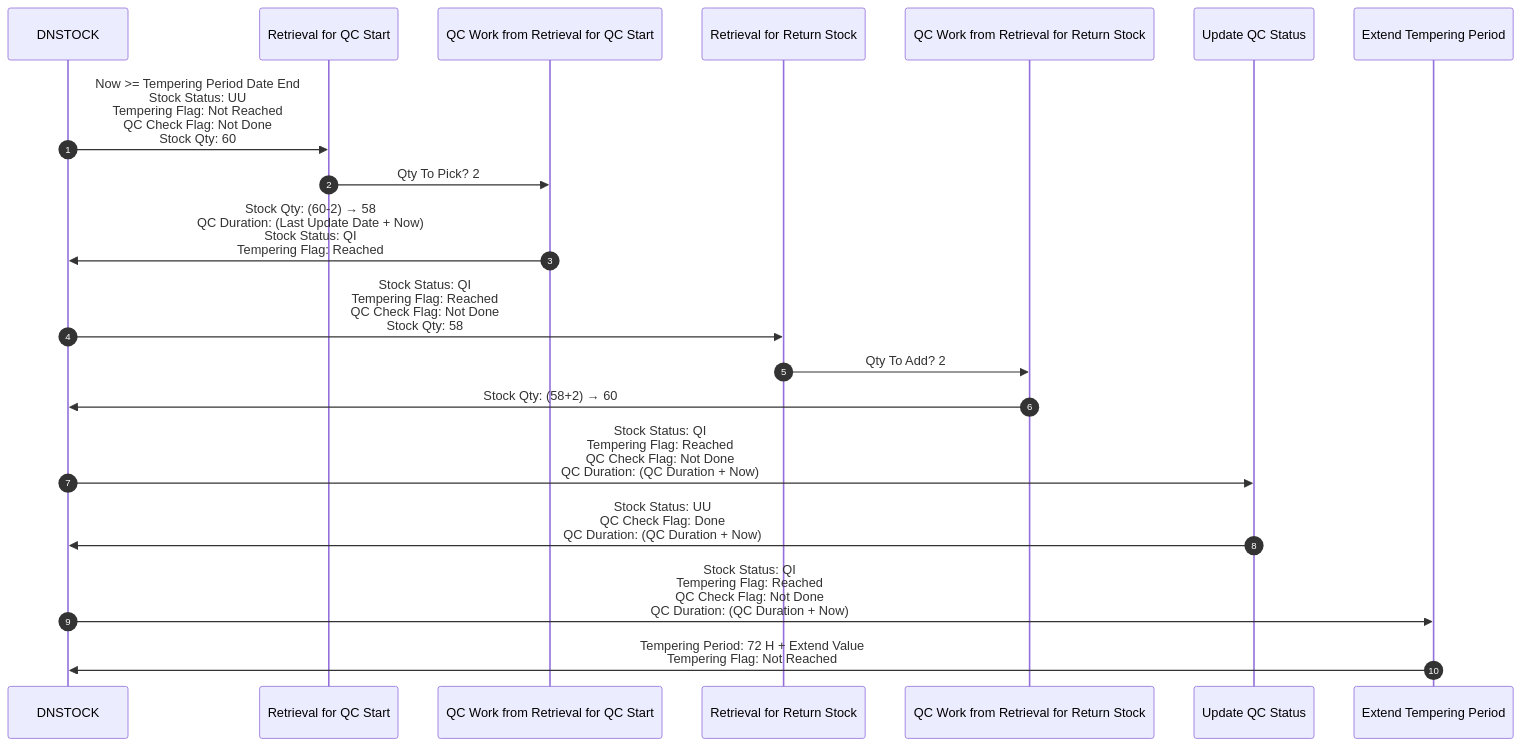
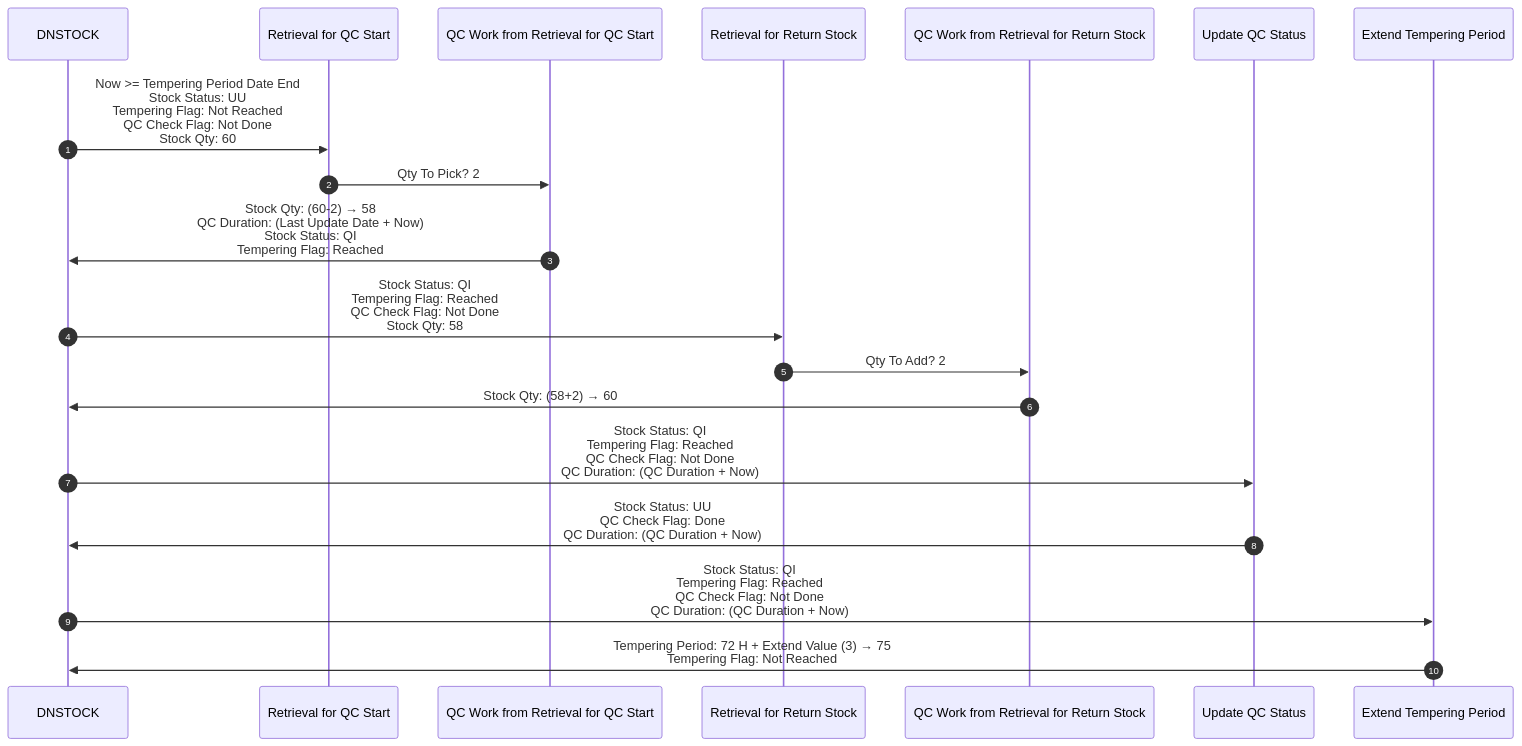
The diagram in Basic-Design/DFD-WMS/Retrieval/QC-Setting.md (luthfiadityaa/SimeDarby-Wiki), drawn with Mermaid before and after one commit.

Commit message:
Updated QC Setting

```diff
--- a/Basic-Design/DFD-WMS/Retrieval/QC-Setting.md
+++ b/Basic-Design/DFD-WMS/Retrieval/QC-Setting.md
@@ -20,40 +20,40 @@
 ::: mermaid
 sequenceDiagram
     autonumber
 
     participant DNSTOCK
     participant Retrieval for QC Start
     participant QC Work from Retrieval for QC Start
     participant Retrieval for Return Stock
     participant QC Work from Retrieval for Return Stock
     participant Update QC Status
     participant Extend Tempering Period
 
     %% --- 1. DNSTOCK ---
     DNSTOCK ->> Retrieval for QC Start: Now >= Tempering Period Date End <br> Stock Status: UU <br> Tempering Flag: Not Reached <br> QC Check Flag: Not Done <br> Stock Qty: 60
 
 
     %% --- 2. Retrieval for QC Start ---
     Retrieval for QC Start ->> QC Work from Retrieval for QC Start: Qty To Pick?  2
 
     %% --- 3. QC Work from Retrieval for QC Start ---
     QC Work from Retrieval for QC Start ->> DNSTOCK: Stock Qty: (60-2) → 58 <br> QC Duration: (Last Update Date + Now) <br> Stock Status: QI <br> Tempering Flag: Reached
 
     %% --- 4. Retrieval for Return Stock ---
     DNSTOCK ->> Retrieval for Return Stock: Stock Status: QI <br> Tempering Flag: Reached <br> QC Check Flag: Not Done <br> Stock Qty: 58
 
     Retrieval for Return Stock ->> QC Work from Retrieval for Return Stock: Qty To Add?  2
 
     %% --- 5. QC Work from Retrieval for Return Stock ---
     QC Work from Retrieval for Return Stock ->> DNSTOCK: Stock Qty: (58+2) → 60
 
     %% --- 6. Update QC Status ---
     DNSTOCK ->> Update QC Status: Stock Status: QI <br> Tempering Flag: Reached <br> QC Check Flag: Not Done <br> QC Duration: (QC Duration + Now)
     
     Update QC Status ->> DNSTOCK: Stock Status: UU <br> QC Check Flag: Done <br> QC Duration: (QC Duration + Now)
 
     %% --- 7. Extend Tempering Period ---
     DNSTOCK ->> Extend Tempering Period: Stock Status: QI <br> Tempering Flag: Reached <br> QC Check Flag: Not Done <br> QC Duration: (QC Duration + Now)
 
-    Extend Tempering Period ->> DNSTOCK: Tempering Period: 72 H + Extend Value <br> Tempering Flag: Not Reached
+    Extend Tempering Period ->> DNSTOCK: Tempering Period: 72 H + Extend Value (3) → 75 <br> Tempering Flag: Not Reached
 :::
```
